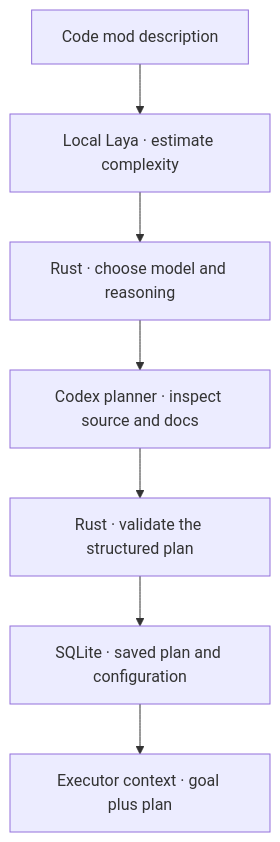
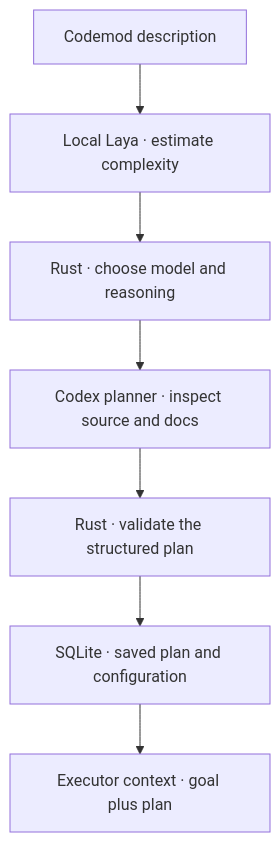
One commit to minimumeffort-dev/sprowt.harness changed the diagram in docs/planning.md. Above: the diagram before and after it, drawn with Mermaid. The commit also changed other lines of this file and 10 other files, not shown here.

````diff
--- a/docs/planning.md
+++ b/docs/planning.md
@@ -5,9 +5,9 @@
 ```mermaid
 flowchart TB
-    goal["Code mod description"] --> route["Local Laya · estimate complexity"]
+    goal["Codemod description"] --> route["Local Laya · estimate complexity"]
     route --> config["Rust · choose model and reasoning"]
     config --> planner["Codex planner · inspect source and docs"]
     planner --> validate["Rust · validate the structured plan"]
     validate --> saved["SQLite · saved plan and configuration"]
     saved --> executor["Executor context · goal plus plan"]
 ```
````
